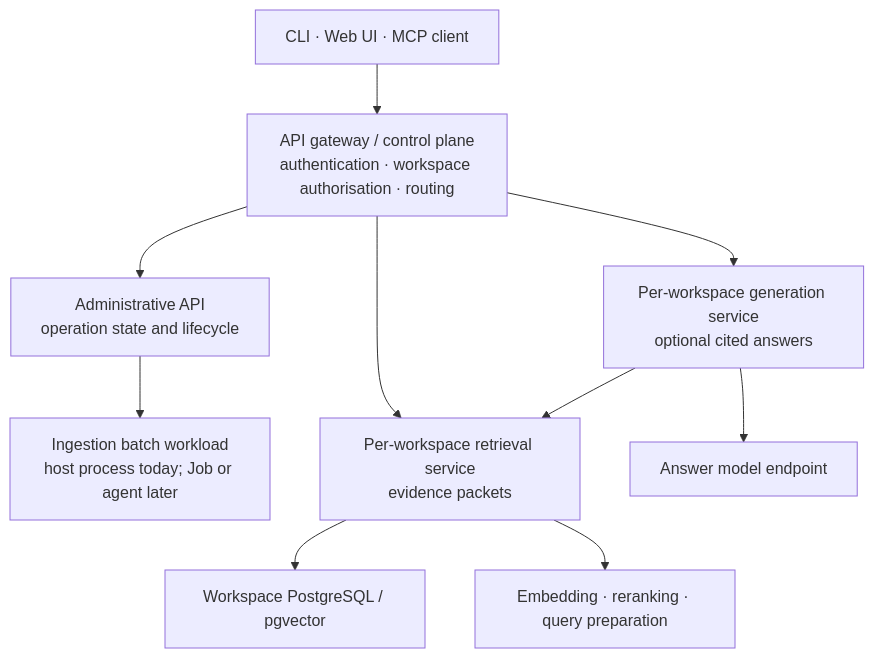
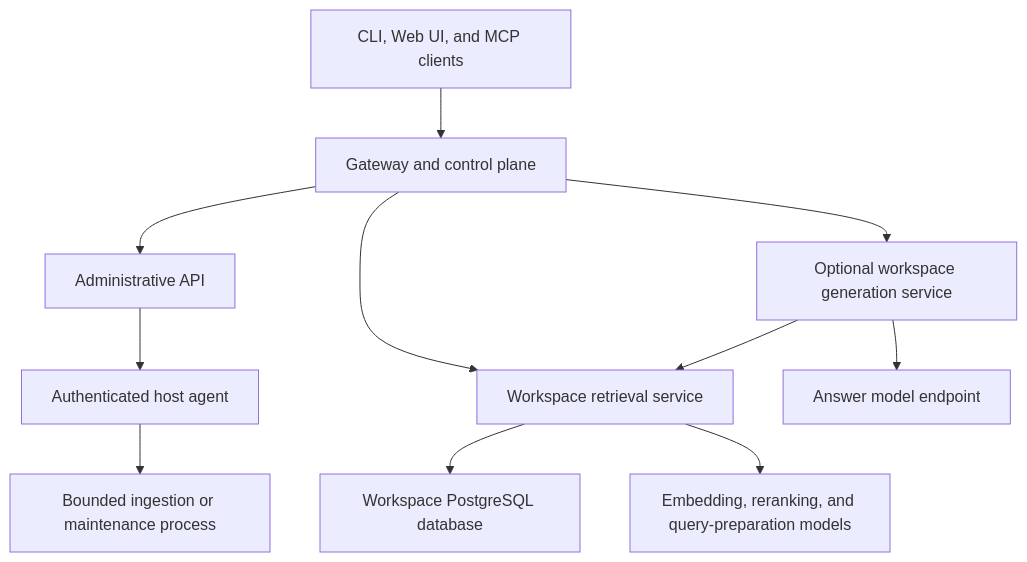
Before and after one commit to suankan/pocket-advisor: the diagram in docs/api-server-design.md, drawn with Mermaid. The commit also changed other lines of this file and 7 other files, not shown here.

````diff
--- a/docs/api-server-design.md
+++ b/docs/api-server-design.md
@@ -40,12 +22,13 @@
 ```mermaid
 flowchart TB
-  Client["CLI · Web UI · MCP client"] --> Edge["API gateway / control plane<br/>authentication · workspace authorisation · routing"]
-  Edge --> Admin["Administrative API<br/>operation state and lifecycle"]
-  Edge --> Retrieval["Per-workspace retrieval service<br/>evidence packets"]
-  Edge --> Generation["Per-workspace generation service<br/>optional cited answers"]
-  Admin --> Ingest["Ingestion batch workload<br/>host process today; Job or agent later"]
-  Retrieval --> Postgres["Workspace PostgreSQL / pgvector"]
-  Retrieval --> Models["Embedding · reranking · query preparation"]
+  Clients["CLI, Web UI, and MCP clients"] --> Edge["Gateway and control plane"]
+  Edge --> Admin["Administrative API"]
+  Edge --> Retrieval["Workspace retrieval service"]
+  Edge --> Generation["Optional workspace generation service"]
+  Admin --> Agent["Authenticated host agent"]
+  Agent --> Ingestion["Bounded ingestion or maintenance process"]
+  Retrieval --> Postgres["Workspace PostgreSQL database"]
+  Retrieval --> Models["Embedding, reranking, and query-preparation models"]
   Generation --> Retrieval
   Generation --> AnswerModel["Answer model endpoint"]
 ```
````
